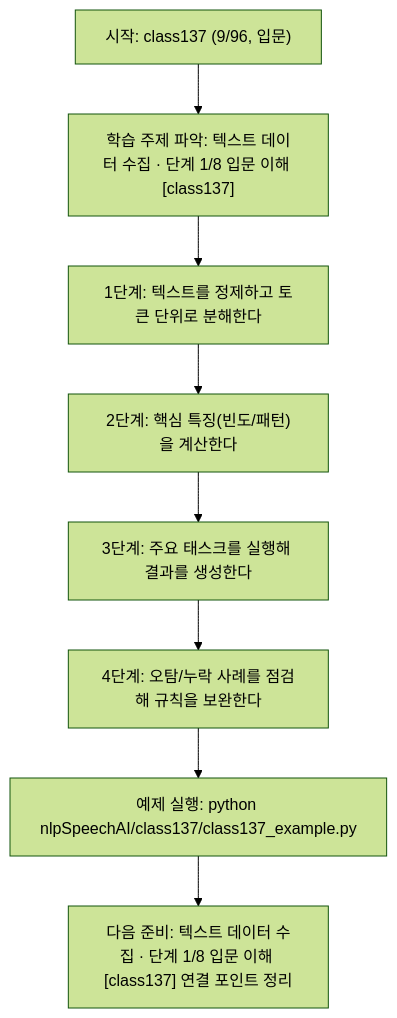
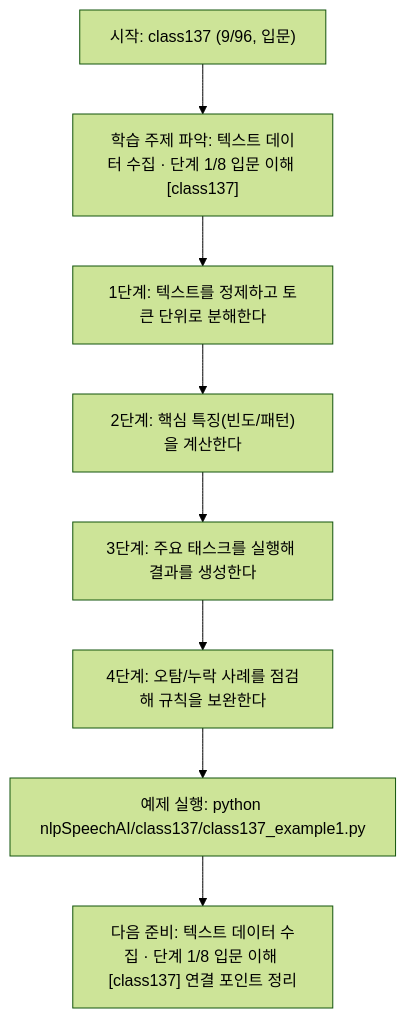
The diagram in nlpSpeechAI/class137/class137.md (edumgt/Python-AI_Agent-Class), drawn with Mermaid (forest theme) before and after one commit. The commit also changed other lines of this file and 2959 other files, not shown here.

````diff
--- a/nlpSpeechAI/class137/class137.md
+++ b/nlpSpeechAI/class137/class137.md
@@ -114,18 +114,18 @@
 ```mermaid
 flowchart TD
 N1["시작: class137 (9/96, 입문)"]
 N2["학습 주제 파악: 텍스트 데이터 수집 · 단계 1/8 입문 이해 [class137]"]
 N3["1단계: 텍스트를 정제하고 토큰 단위로 분해한다"]
 N4["2단계: 핵심 특징(빈도/패턴)을 계산한다"]
 N5["3단계: 주요 태스크를 실행해 결과를 생성한다"]
 N6["4단계: 오탐/누락 사례를 점검해 규칙을 보완한다"]
-N7["예제 실행: python nlpSpeechAI/class137/class137_example.py"]
+N7["예제 실행: python nlpSpeechAI/class137/class137_example1.py"]
 N8["다음 준비: 텍스트 데이터 수집 · 단계 1/8 입문 이해 [class137] 연결 포인트 정리"]
 N1 --> N2
 N2 --> N3
 N3 --> N4
 N4 --> N5
 N5 --> N6
 N6 --> N7
 N7 --> N8
 ```
````
